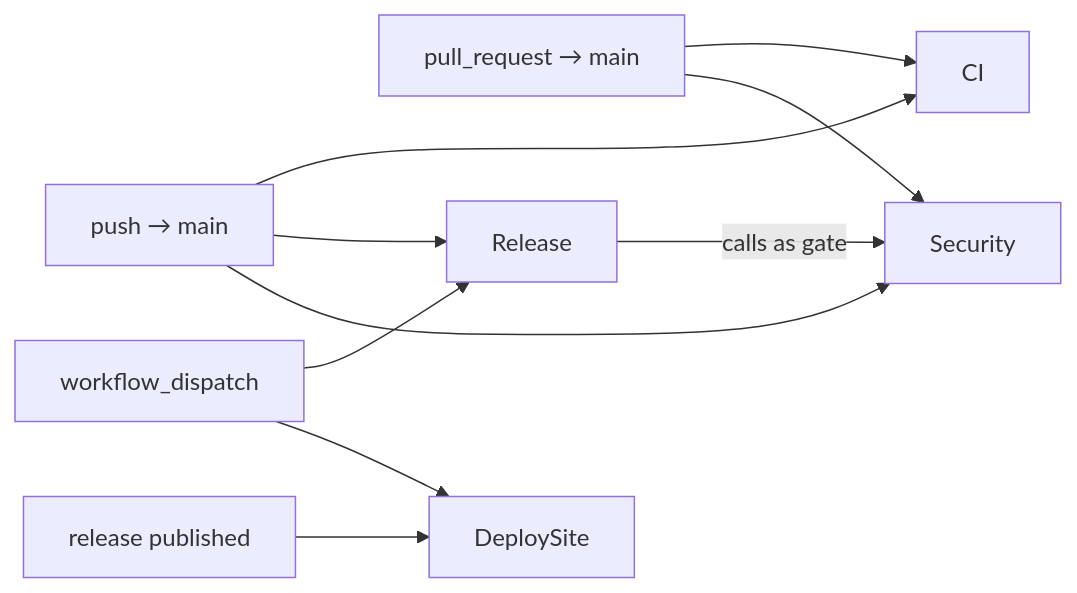
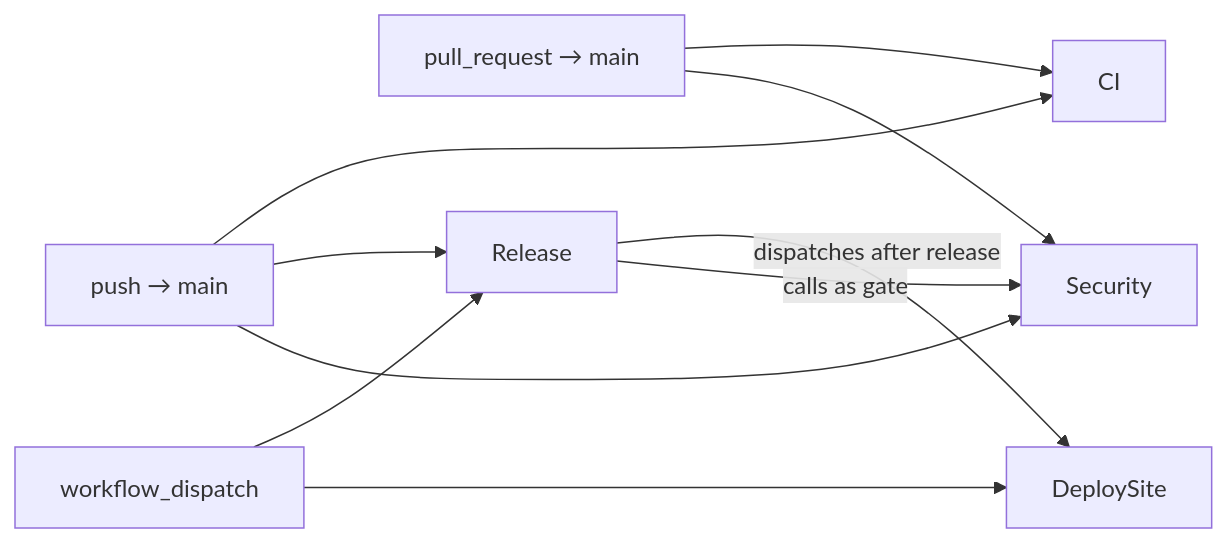
The fifth of 5 diagrams in docs/developer/CI-WORKFLOWS.md (EqualExperts/satsuma-lang), drawn with Mermaid before and after one commit. The commit also changed other lines of this file and 3 other files, not shown here.

First line of the commit message:
fix(ci): dispatch deploy-site.yml directly from release.yml (rv-tmb4)

````diff
--- a/docs/developer/CI-WORKFLOWS.md
+++ b/docs/developer/CI-WORKFLOWS.md
@@ -376,17 +380,16 @@
 ```mermaid
 flowchart LR
     push["push → main"]
     pr["pull_request → main"]
     dispatch["workflow_dispatch"]
-    release_pub["release published"]
 
     push --> CI
     pr --> CI
     push --> Release
     dispatch --> Release
     push --> Security
     pr --> Security
-    release_pub --> DeploySite
     dispatch --> DeploySite
+    Release -->|"dispatches after release"| DeploySite
     Release -->|"calls as gate"| Security
 ```
````
